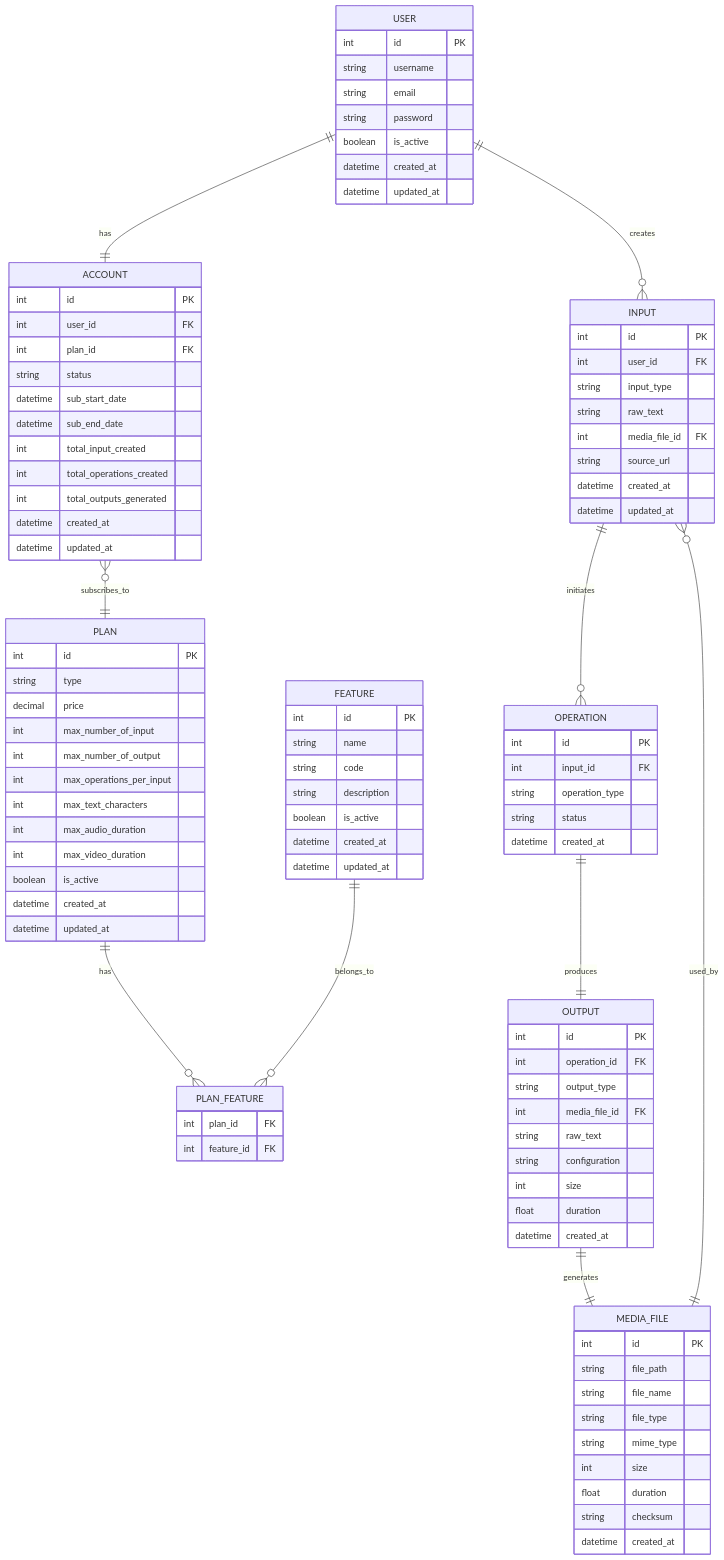
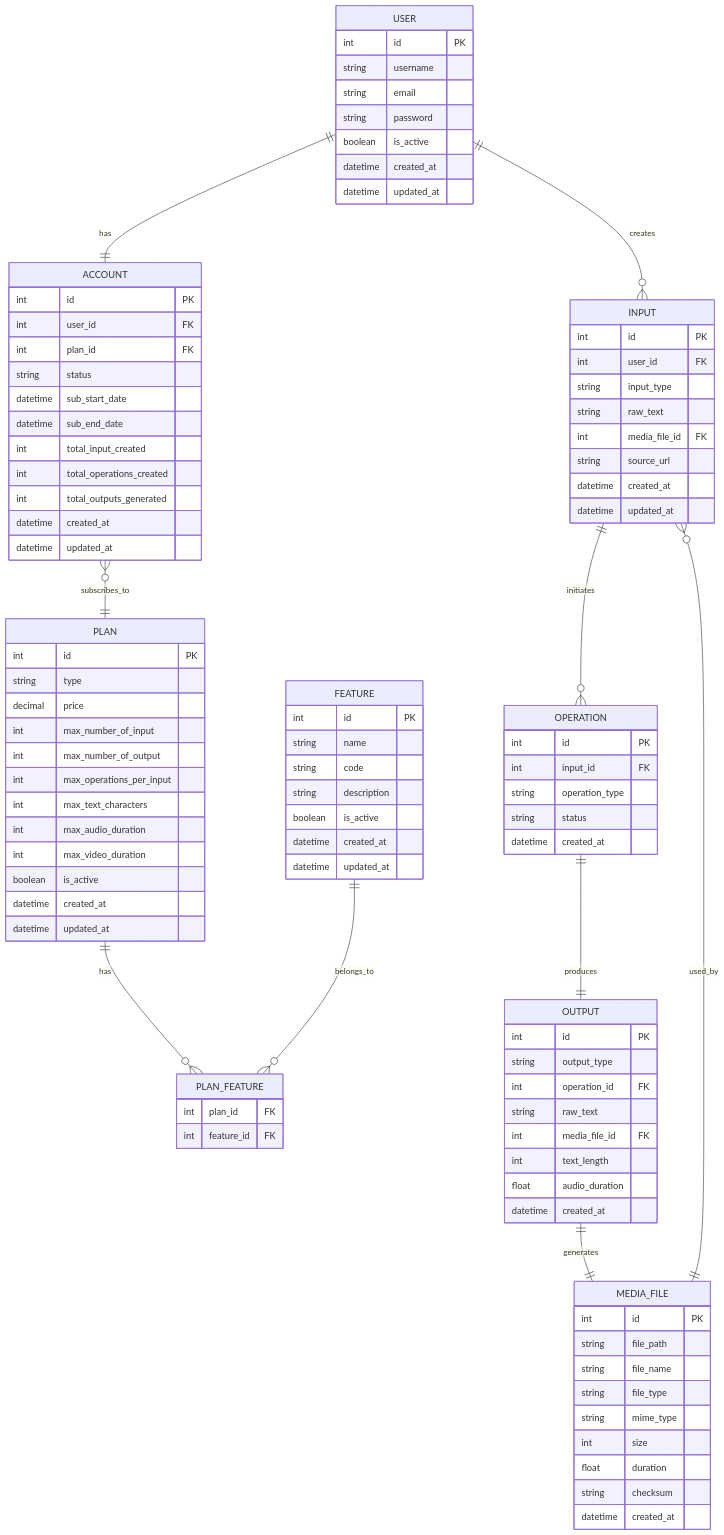
One commit to NelMatrix743/text-speaker-io changed the diagram in ERD.md. Above: the diagram before and after it, drawn with Mermaid.

Commit message:
refactor: update output entity in ERD

```diff
--- a/ERD.md
+++ b/ERD.md
@@ -88,13 +88,12 @@
 
     OUTPUT {
         int id PK
+        string output_type
         int operation_id FK
-        string output_type
+        string raw_text
         int media_file_id FK
-        string raw_text
-        string configuration
-        int size
-        float duration
+        int text_length
+        float audio_duration
         datetime created_at
     }
 
```
